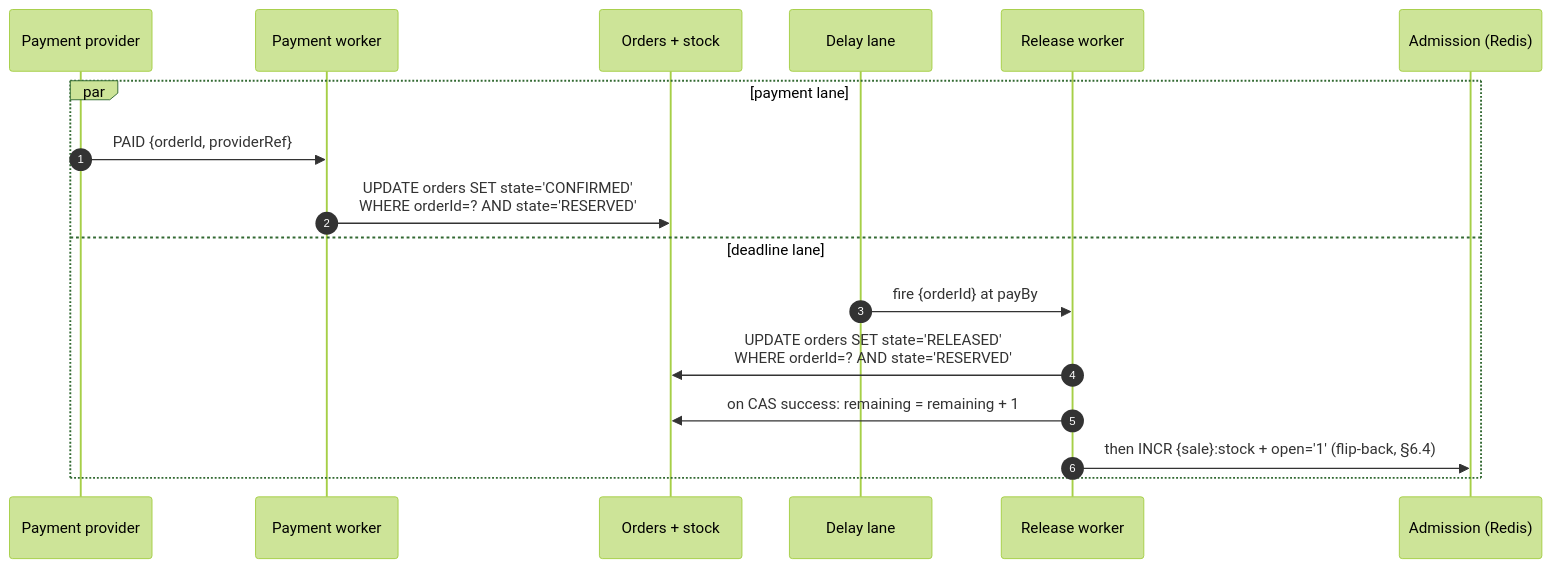
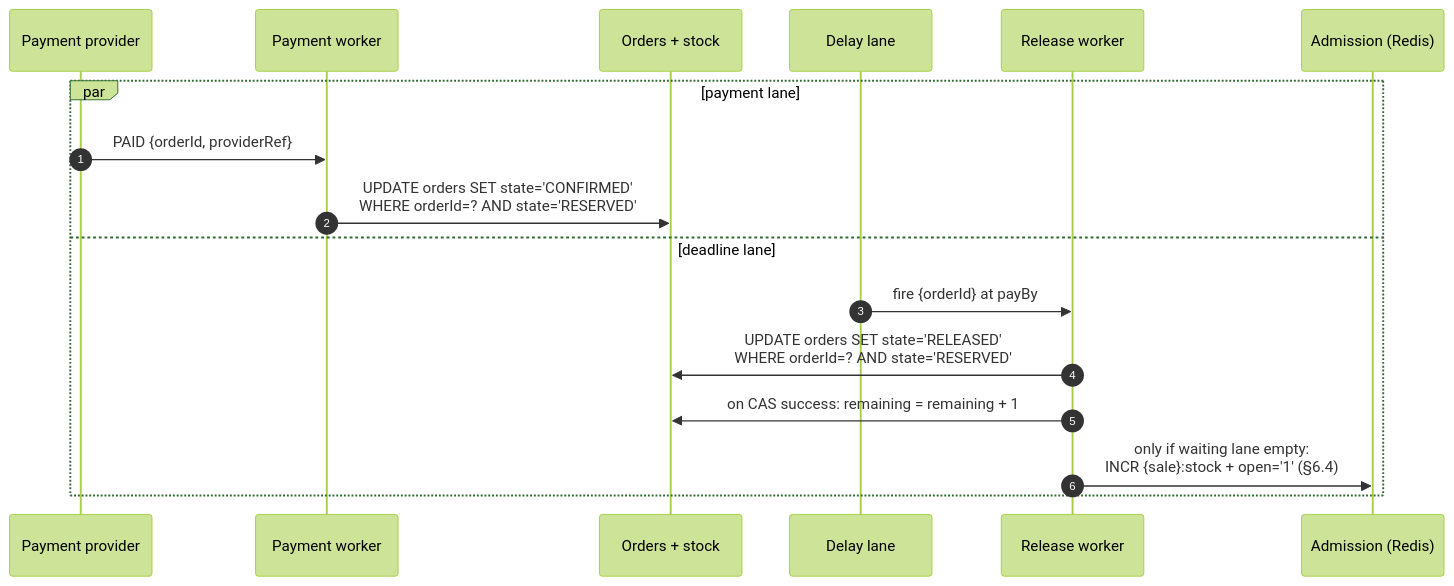
Before and after one commit to quannh0308/SystemDesignDeepDives: the fourth of 7 diagrams in flash-sale-inventory/docs/hld.md, drawn with Mermaid (forest theme). The commit also changed other lines of this file and 2 other files, not shown here.

Commit message:
flash-sale-inventory: §9 deep dives (11) + §10 final whiteboard with buy-attempt narration; waiting-lane semantics for zero-stock

````diff
--- a/flash-sale-inventory/docs/hld.md
+++ b/flash-sale-inventory/docs/hld.md
@@ -399,19 +411,19 @@
 ```mermaid
 sequenceDiagram
     autonumber
     participant PP as Payment provider
     participant PW as Payment worker
     participant DB as Orders + stock
     participant DL as Delay lane
     participant RW as Release worker
     participant AD as Admission (Redis)
     par payment lane
         PP->>PW: PAID {orderId, providerRef}
         PW->>DB: UPDATE orders SET state='CONFIRMED'<br/>WHERE orderId=? AND state='RESERVED'
     and deadline lane
         DL->>RW: fire {orderId} at payBy
         RW->>DB: UPDATE orders SET state='RELEASED'<br/>WHERE orderId=? AND state='RESERVED'
         RW->>DB: on CAS success: remaining = remaining + 1
-        RW->>AD: then INCR {sale}:stock + open='1' (flip-back, §6.4)
+        RW->>AD: only if waiting lane empty:<br/>INCR {sale}:stock + open='1' (§6.4)
     end
 ```
````
